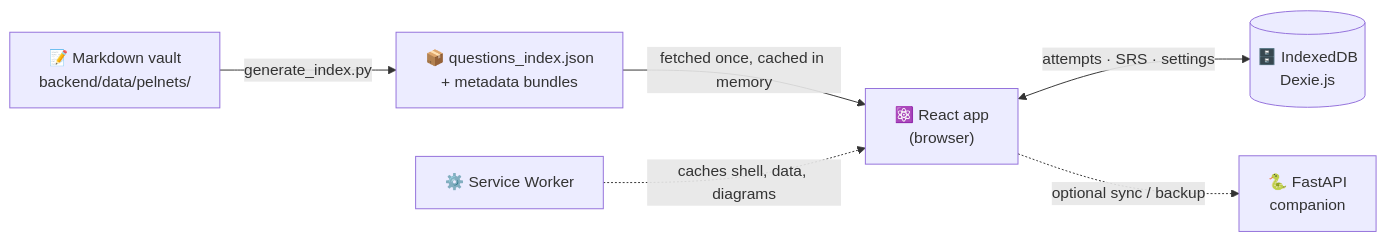
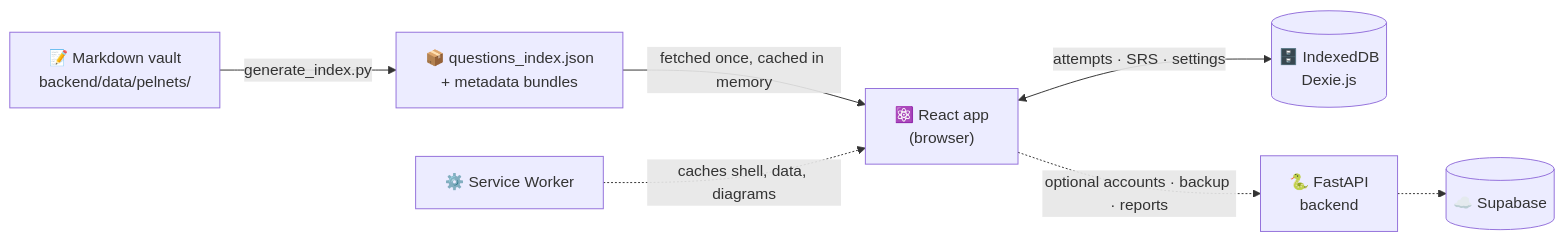
One commit to Tech-Wrightttt/Slackr changed the diagram in README.md. Above: the diagram before and after it, drawn with Mermaid. The commit also changed other lines of this file, not shown here.

````diff
--- a/README.md
+++ b/README.md
@@ -186,8 +230,9 @@
 ```mermaid
 flowchart LR
     A["📝 Markdown vault<br/>backend/data/pelnets/"] -->|generate_index.py| B["📦 questions_index.json<br/>+ metadata bundles"]
     B -->|fetched once, cached in memory| C["⚛️ React app<br/>(browser)"]
     C <-->|attempts · SRS · settings| D[("🗄️ IndexedDB<br/>Dexie.js")]
-    C -.->|optional sync / backup| E["🐍 FastAPI<br/>companion"]
+    C -.->|optional accounts · backup · reports| E["🐍 FastAPI<br/>backend"]
+    E -.-> G[("☁️ Supabase")]
     F["⚙️ Service Worker"] -.->|caches shell, data, diagrams| C
 ```
````
